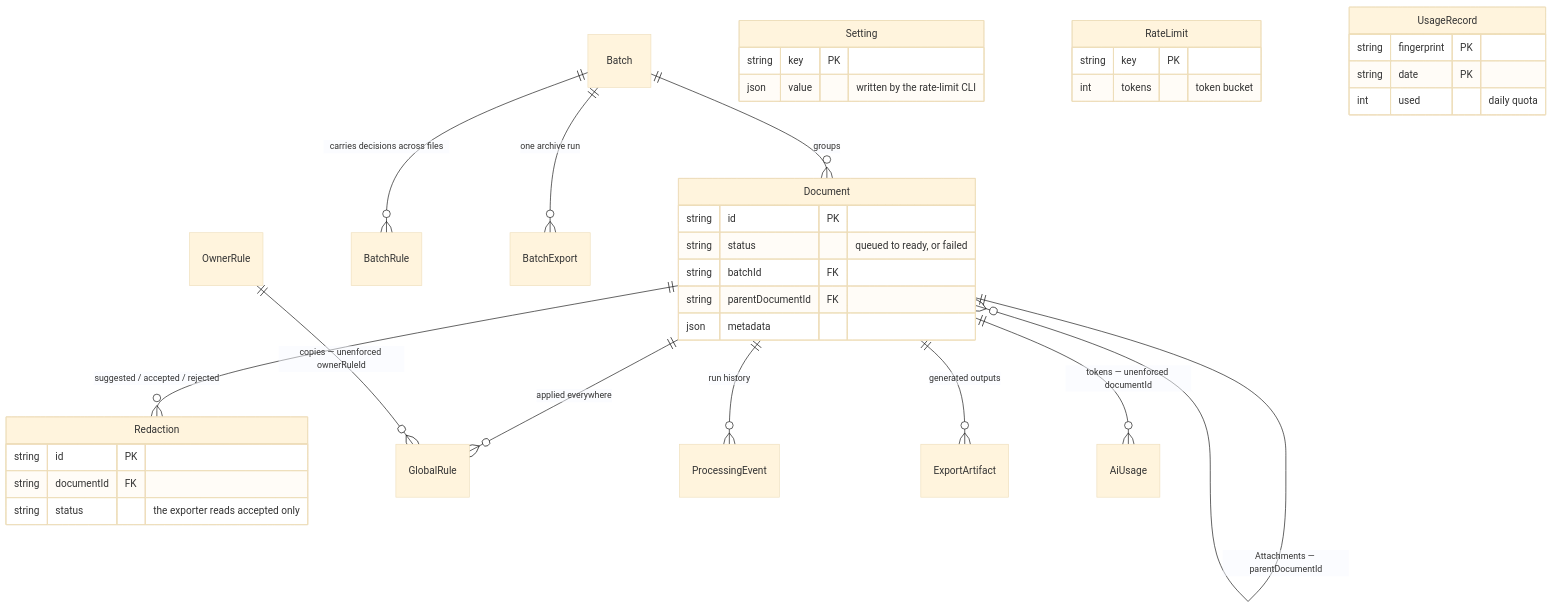
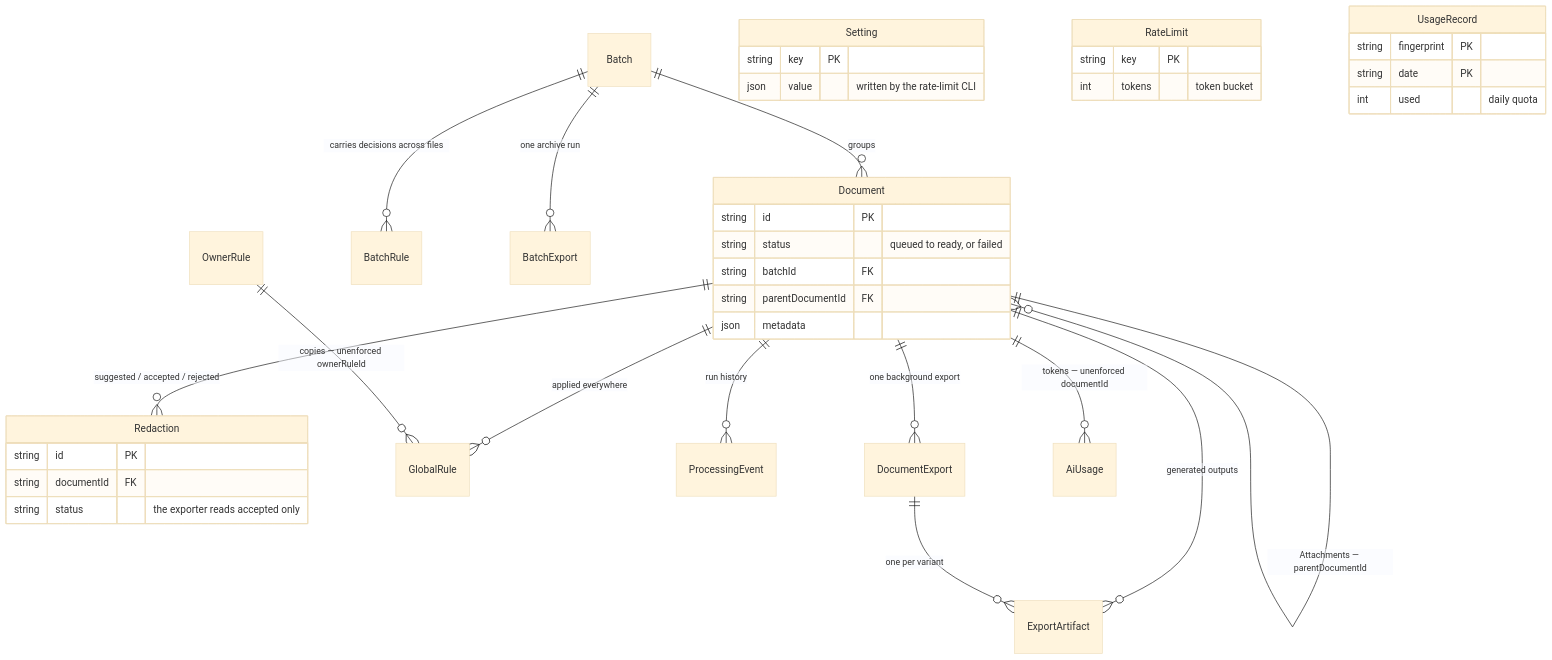
The diagram in docs/data-model.md (Anonify-v2-0/Anonify2.0), drawn with Mermaid (base theme) before and after one commit. The commit also changed other lines of this file and 106 other files, not shown here.

First line of the commit message:
Process ceilings, graceful drain, built-in sweep, Docker Hub install, background export, metrics, faster OCR (#181-#183, #186-#189) (#238)

````diff
--- a/docs/data-model.md
+++ b/docs/data-model.md
@@ -31,39 +31,41 @@
 ```mermaid
 erDiagram
     Batch ||--o{ Document : groups
     Batch ||--o{ BatchRule : "carries decisions across files"
     Batch ||--o{ BatchExport : "one archive run"
     Document ||--o{ Document : "Attachments — parentDocumentId"
     Document ||--o{ Redaction : "suggested / accepted / rejected"
     Document ||--o{ GlobalRule : "applied everywhere"
     OwnerRule ||--o{ GlobalRule : "copies — unenforced ownerRuleId"
     Document ||--o{ ProcessingEvent : "run history"
     Document ||--o{ ExportArtifact : "generated outputs"
+    Document ||--o{ DocumentExport : "one background export"
+    DocumentExport ||--o{ ExportArtifact : "one per variant"
     Document ||--o{ AiUsage : "tokens — unenforced documentId"
 
     Document {
         string id PK
         string status "queued to ready, or failed"
         string batchId FK
         string parentDocumentId FK
         json metadata
     }
     Redaction {
         string id PK
         string documentId FK
         string status "the exporter reads accepted only"
     }
     Setting {
         string key PK
         json value "written by the rate-limit CLI"
     }
     RateLimit {
         string key PK
         int tokens "token bucket"
     }
     UsageRecord {
         string fingerprint PK
         string date PK
         int used "daily quota"
     }
 ```
````
